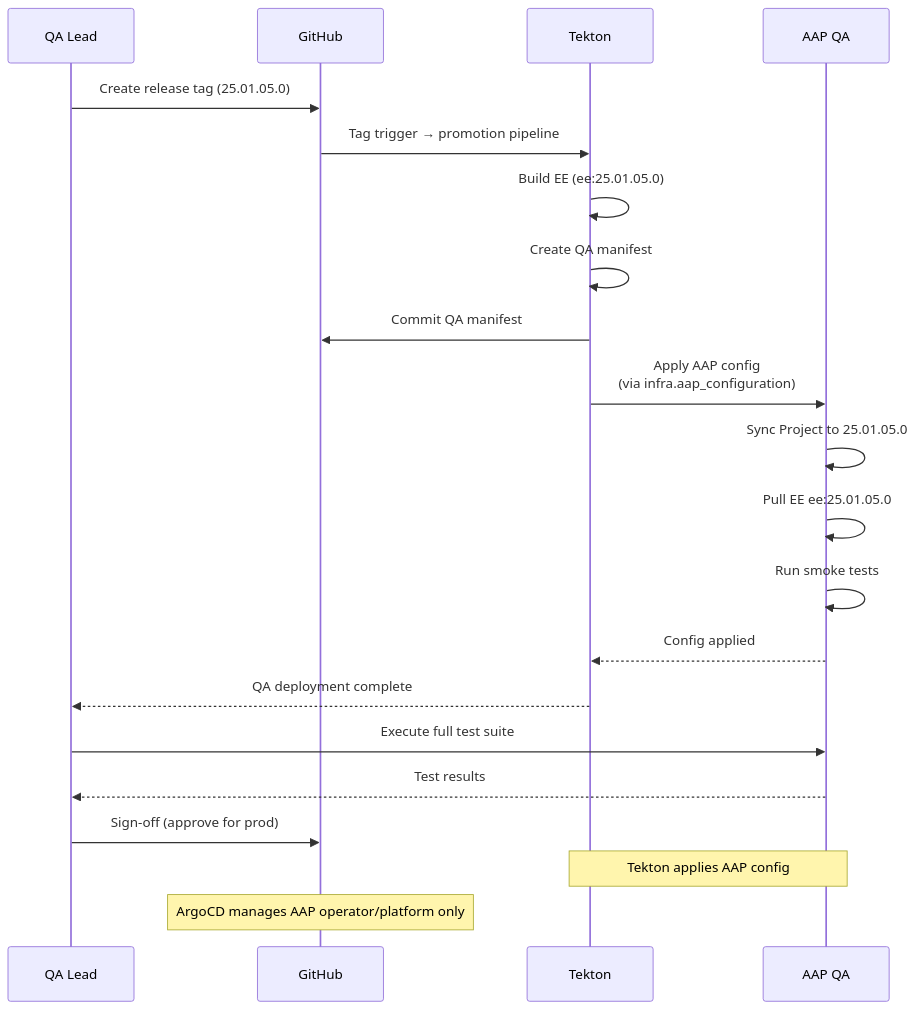
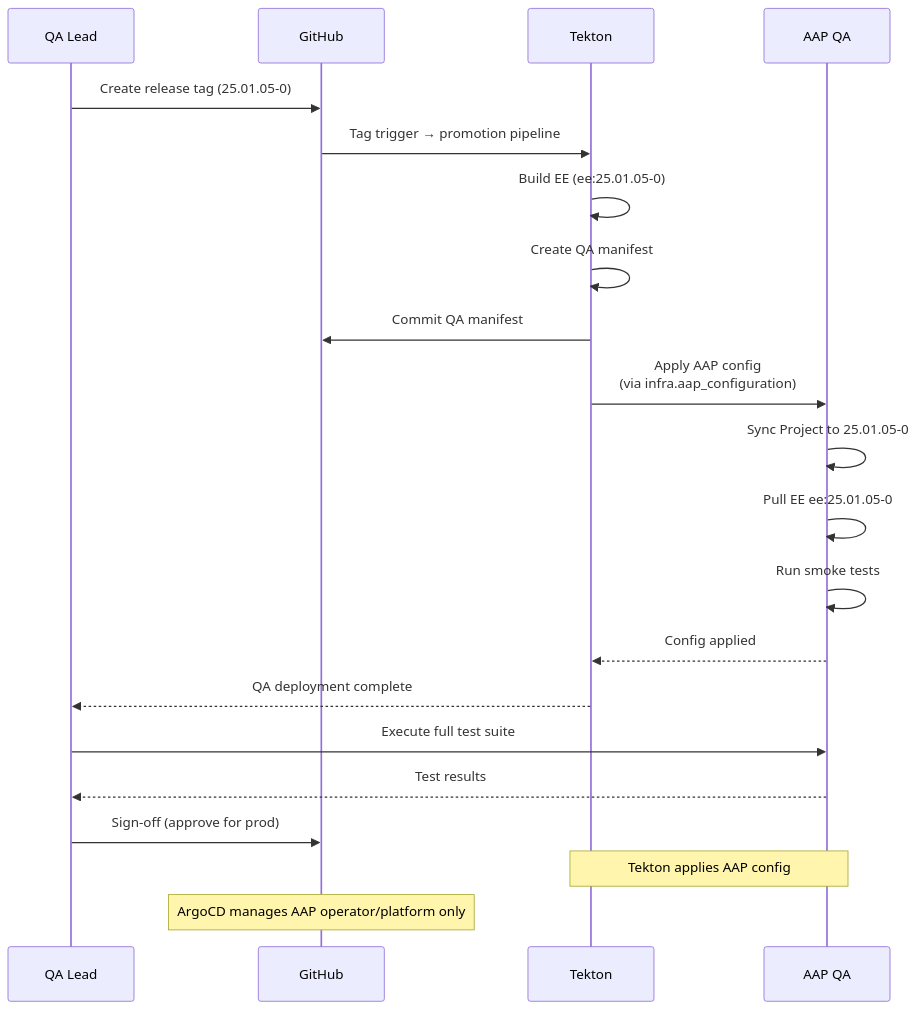
One commit to djdanielsson/rh1-docs changed the fifth of 17 diagrams in docs/diagrams/PROMOTION-FLOW.md. Above: the diagram before and after it, drawn with Mermaid. The commit also changed other lines of this file and 13 other files, not shown here.

````diff
--- a/docs/diagrams/PROMOTION-FLOW.md
+++ b/docs/diagrams/PROMOTION-FLOW.md
@@ -281,28 +281,28 @@
 ```mermaid
 sequenceDiagram
     participant QA_Lead as QA Lead
     participant GH as GitHub
     participant Tek as Tekton
     participant AAP_Q as AAP QA
 
-    QA_Lead->>GH: Create release tag (25.01.05.0)
+    QA_Lead->>GH: Create release tag (25.01.05-0)
     GH->>Tek: Tag trigger → promotion pipeline
 
-    Tek->>Tek: Build EE (ee:25.01.05.0)
+    Tek->>Tek: Build EE (ee:25.01.05-0)
     Tek->>Tek: Create QA manifest
     Tek->>GH: Commit QA manifest
 
     Tek->>AAP_Q: Apply AAP config<br/>(via infra.aap_configuration)
-    AAP_Q->>AAP_Q: Sync Project to 25.01.05.0
-    AAP_Q->>AAP_Q: Pull EE ee:25.01.05.0
+    AAP_Q->>AAP_Q: Sync Project to 25.01.05-0
+    AAP_Q->>AAP_Q: Pull EE ee:25.01.05-0
     AAP_Q->>AAP_Q: Run smoke tests
     AAP_Q-->>Tek: Config applied
     Tek-->>QA_Lead: QA deployment complete
 
     QA_Lead->>AAP_Q: Execute full test suite
     AAP_Q-->>QA_Lead: Test results
     QA_Lead->>GH: Sign-off (approve for prod)
 
     Note over Tek,AAP_Q: Tekton applies AAP config
     Note over GH: ArgoCD manages AAP operator/platform only
 ```
````
